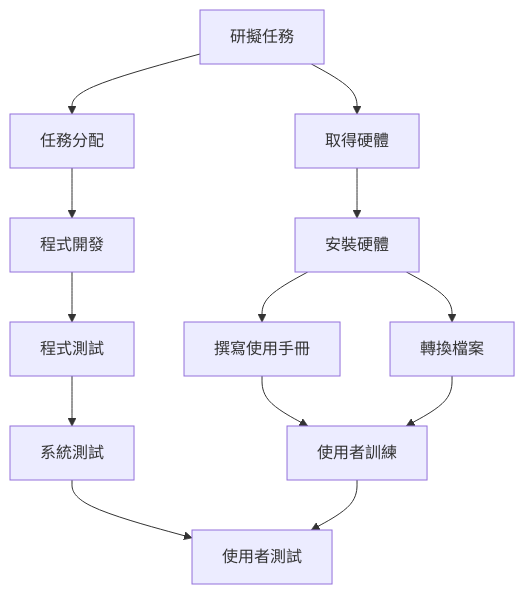
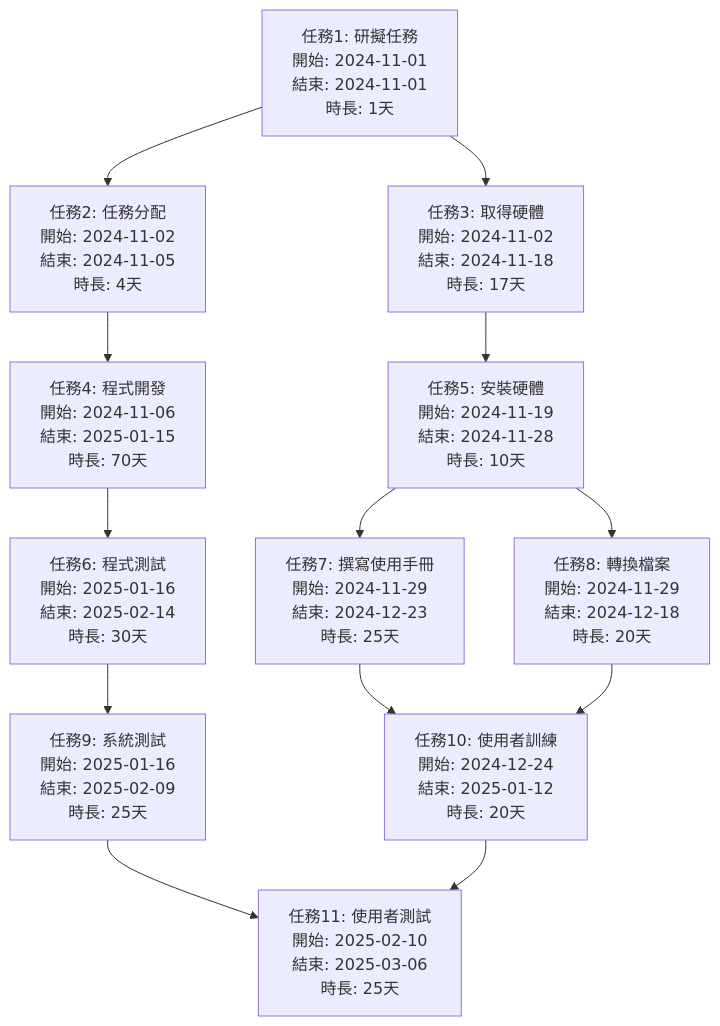
Before and after one commit to Magnifier030/113-1B: the first of 3 diagrams in hw2.md, drawn with Mermaid. The commit also changed other lines of this file, not shown here.

````diff
--- a/hw2.md
+++ b/hw2.md
@@ -20,15 +20,15 @@
 ``` mermaid
 graph TD
-    A1[研擬任務] --> A2[任務分配]
-    A1 --> A3[取得硬體]
-    A2 --> A4[程式開發]
-    A3 --> A5[安裝硬體]
-    A4 --> A6[程式測試]
-    A5 --> A7[撰寫使用手冊]
-    A5 --> A8[轉換檔案]
-    A6 --> A9[系統測試]
-    A7 --> A10[使用者訓練]
+    A1[任務1: 研擬任務<br>開始: 2024-11-01<br>結束: 2024-11-01<br>時長: 1天] --> A2[任務2: 任務分配<br>開始: 2024-11-02<br>結束: 2024-11-05<br>時長: 4天]
+    A1 --> A3[任務3: 取得硬體<br>開始: 2024-11-02<br>結束: 2024-11-18<br>時長: 17天]
+    A2 --> A4[任務4: 程式開發<br>開始: 2024-11-06<br>結束: 2025-01-15<br>時長: 70天]
+    A3 --> A5[任務5: 安裝硬體<br>開始: 2024-11-19<br>結束: 2024-11-28<br>時長: 10天]
+    A4 --> A6[任務6: 程式測試<br>開始: 2025-01-16<br>結束: 2025-02-14<br>時長: 30天]
+    A5 --> A7[任務7: 撰寫使用手冊<br>開始: 2024-11-29<br>結束: 2024-12-23<br>時長: 25天]
+    A5 --> A8[任務8: 轉換檔案<br>開始: 2024-11-29<br>結束: 2024-12-18<br>時長: 20天]
+    A6 --> A9[任務9: 系統測試<br>開始: 2025-01-16<br>結束: 2025-02-09<br>時長: 25天]
+    A7 --> A10[任務10: 使用者訓練<br>開始: 2024-12-24<br>結束: 2025-01-12<br>時長: 20天]
     A8 --> A10
-    A9 --> A11[使用者測試]
+    A9 --> A11[任務11: 使用者測試<br>開始: 2025-02-10<br>結束: 2025-03-06<br>時長: 25天]
     A10 --> A11
 ```
````
